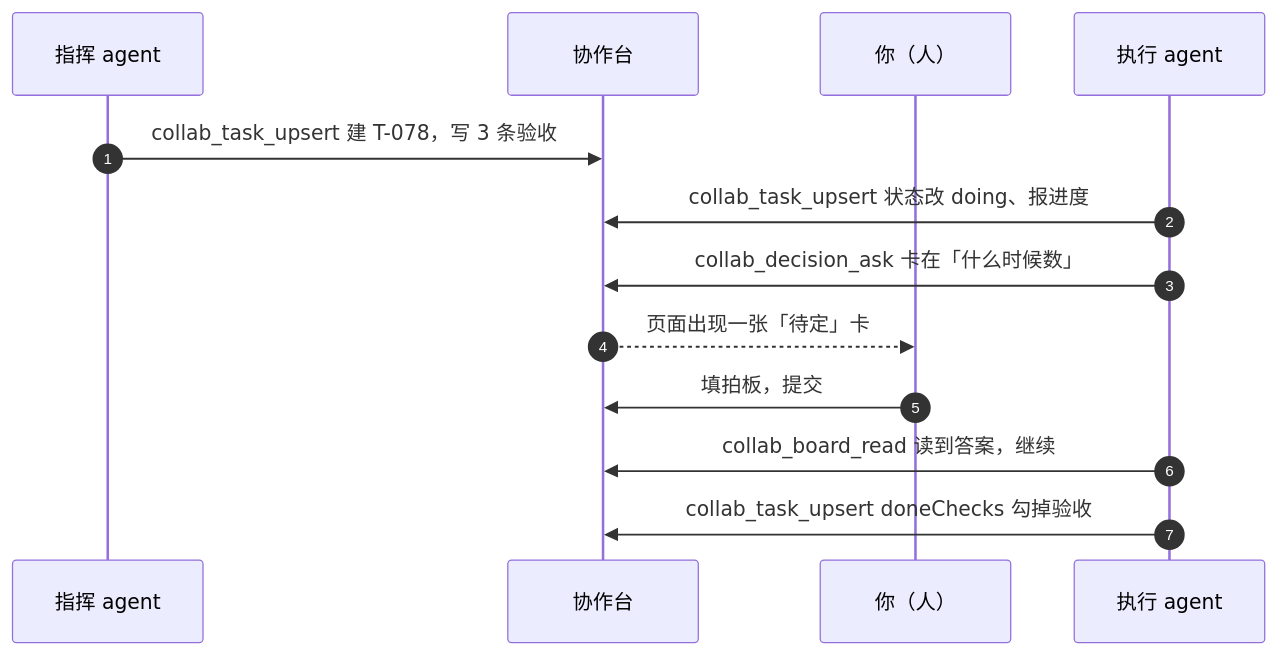
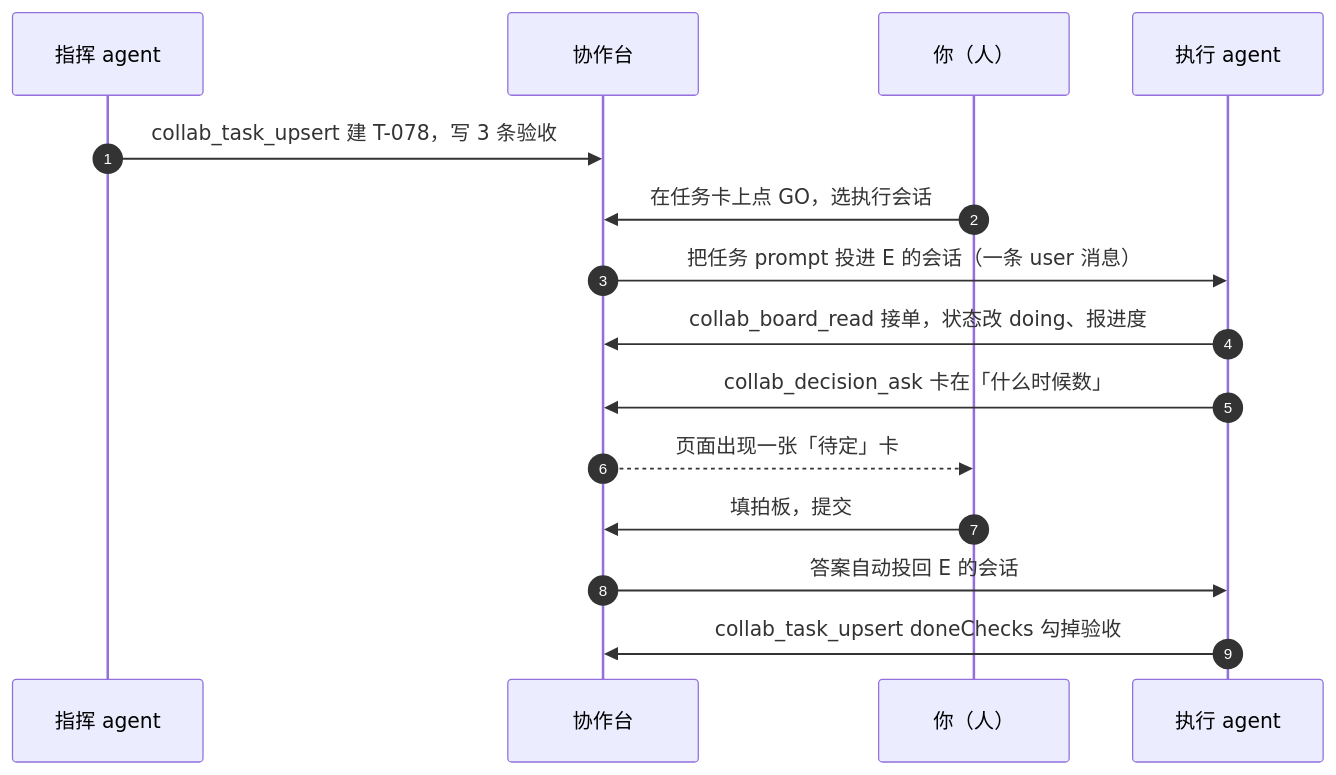
Before and after one commit to Ray144165154/dsh-team-board: the first of 2 diagrams in README.md, drawn with Mermaid. The commit also changed other lines of this file and 8 other files, not shown here.

````diff
--- a/README.md
+++ b/README.md
@@ -79,16 +97,18 @@
 ```mermaid
 sequenceDiagram
     autonumber
     participant C as 指挥 agent
     participant B as 协作台
     participant H as 你（人）
     participant E as 执行 agent
 
     C->>B: collab_task_upsert 建 T-078，写 3 条验收
-    E->>B: collab_task_upsert 状态改 doing、报进度
+    H->>B: 在任务卡上点 GO，选执行会话
+    B->>E: 把任务 prompt 投进 E 的会话（一条 user 消息）
+    E->>B: collab_board_read 接单，状态改 doing、报进度
     E->>B: collab_decision_ask 卡在「什么时候数」
     B-->>H: 页面出现一张「待定」卡
     H->>B: 填拍板，提交
-    E->>B: collab_board_read 读到答案，继续
+    B->>E: 答案自动投回 E 的会话
     E->>B: collab_task_upsert doneChecks 勾掉验收
 ```
````
